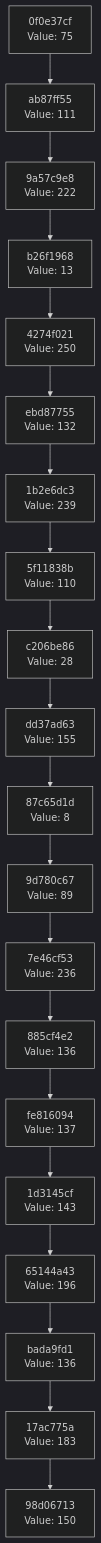
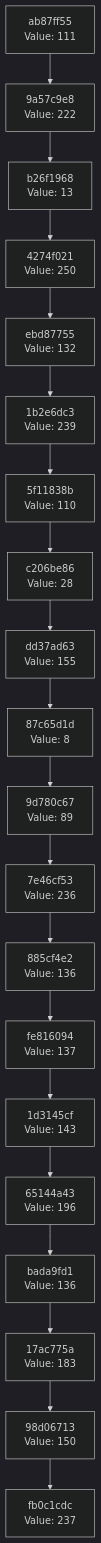
Before and after one commit to Abhisheksinha1506/hash-chain-evolver: the diagram in docs/CHAIN_VISUALIZATION.md, drawn with Mermaid (dark theme). The commit also changed 2 other files, not shown here.

Commit message:
Evolution Step

````diff
--- a/docs/CHAIN_VISUALIZATION.md
+++ b/docs/CHAIN_VISUALIZATION.md
@@ -3,42 +3,42 @@
 ```mermaid
 graph TD
-    C0["98d06713<br/>Value: 150"]
-    C1["17ac775a<br/>Value: 183"]
+    C0["fb0c1cdc<br/>Value: 237"]
+    C1["98d06713<br/>Value: 150"]
     C1 --> C0
-    C2["bada9fd1<br/>Value: 136"]
+    C2["17ac775a<br/>Value: 183"]
     C2 --> C1
-    C3["65144a43<br/>Value: 196"]
+    C3["bada9fd1<br/>Value: 136"]
     C3 --> C2
-    C4["1d3145cf<br/>Value: 143"]
+    C4["65144a43<br/>Value: 196"]
     C4 --> C3
-    C5["fe816094<br/>Value: 137"]
+    C5["1d3145cf<br/>Value: 143"]
     C5 --> C4
-    C6["885cf4e2<br/>Value: 136"]
+    C6["fe816094<br/>Value: 137"]
     C6 --> C5
-    C7["7e46cf53<br/>Value: 236"]
+    C7["885cf4e2<br/>Value: 136"]
     C7 --> C6
-    C8["9d780c67<br/>Value: 89"]
+    C8["7e46cf53<br/>Value: 236"]
     C8 --> C7
-    C9["87c65d1d<br/>Value: 8"]
+    C9["9d780c67<br/>Value: 89"]
     C9 --> C8
-    C10["dd37ad63<br/>Value: 155"]
+    C10["87c65d1d<br/>Value: 8"]
     C10 --> C9
-    C11["c206be86<br/>Value: 28"]
+    C11["dd37ad63<br/>Value: 155"]
     C11 --> C10
-    C12["5f11838b<br/>Value: 110"]
+    C12["c206be86<br/>Value: 28"]
     C12 --> C11
-    C13["1b2e6dc3<br/>Value: 239"]
+    C13["5f11838b<br/>Value: 110"]
     C13 --> C12
-    C14["ebd87755<br/>Value: 132"]
+    C14["1b2e6dc3<br/>Value: 239"]
     C14 --> C13
-    C15["4274f021<br/>Value: 250"]
+    C15["ebd87755<br/>Value: 132"]
     C15 --> C14
-    C16["b26f1968<br/>Value: 13"]
+    C16["4274f021<br/>Value: 250"]
     C16 --> C15
-    C17["9a57c9e8<br/>Value: 222"]
+    C17["b26f1968<br/>Value: 13"]
     C17 --> C16
-    C18["ab87ff55<br/>Value: 111"]
+    C18["9a57c9e8<br/>Value: 222"]
     C18 --> C17
-    C19["0f0e37cf<br/>Value: 75"]
+    C19["ab87ff55<br/>Value: 111"]
     C19 --> C18
 ```
````
